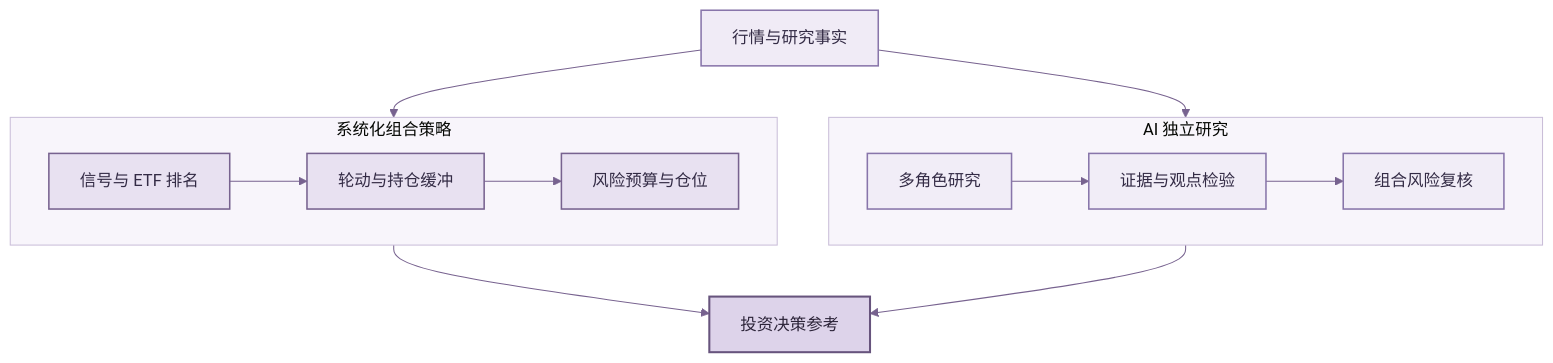
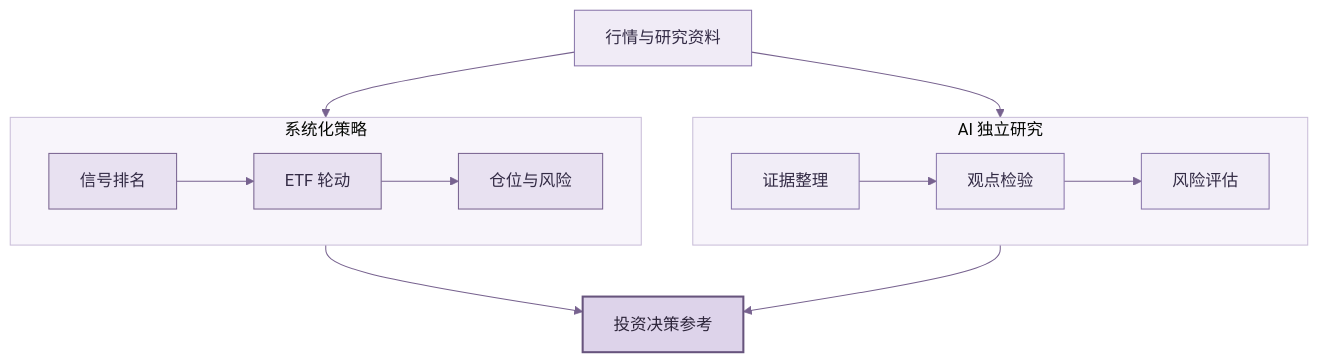
Before and after one commit to BZX667/ETF-Compass: the diagram in README.md, drawn with Mermaid. The commit also changed other lines of this file and 3 other files, not shown here.

````diff
--- a/README.md
+++ b/README.md
@@ -33,25 +31,25 @@
 ```mermaid
 %%{init: {"theme":"base", "themeVariables":{"primaryColor":"#eee9f7","primaryTextColor":"#332b45","primaryBorderColor":"#8875aa","lineColor":"#77628f","secondaryColor":"#f4f0f8","tertiaryColor":"#faf8fc","clusterBkg":"#f8f5fb","clusterBorder":"#c9bdd8"}}}%%
 flowchart TB
-    M["行情与研究事实"]
-    subgraph S["系统化组合策略"]
+    M["行情与研究资料"]
+    subgraph S["系统化策略"]
         direction LR
-        S1["信号与 ETF 排名"] --> S2["轮动与持仓缓冲"] --> S3["风险预算与仓位"]
+        S1["信号排名"] --> S2["ETF 轮动"] --> S3["仓位与风险"]
     end
     subgraph A["AI 独立研究"]
         direction LR
-        A1["多角色研究"] --> A2["证据与观点检验"] --> A3["组合风险复核"]
+        A1["证据整理"] --> A2["观点检验"] --> A3["风险评估"]
     end
+    M --> S
+    M --> A
     S --> R["投资决策参考"]
     A --> R
-    M --> S
-    M --> A
-    classDef input fill:#f0ebf6,stroke:#8875aa,color:#332b45,stroke-width:1.5px
-    classDef strategy fill:#e8e1f1,stroke:#77628f,color:#332b45,stroke-width:1.5px
-    classDef research fill:#f1edf7,stroke:#8875aa,color:#332b45,stroke-width:1.5px
+    classDef input fill:#f0ebf6,stroke:#8875aa,color:#332b45
+    classDef strategy fill:#e8e1f1,stroke:#77628f,color:#332b45
+    classDef research fill:#f1edf7,stroke:#8875aa,color:#332b45
     classDef output fill:#ddd3ea,stroke:#67547d,color:#2c2439,stroke-width:2px
     class M input
     class S1,S2,S3 strategy
     class A1,A2,A3 research
     class R output
 ```
````
